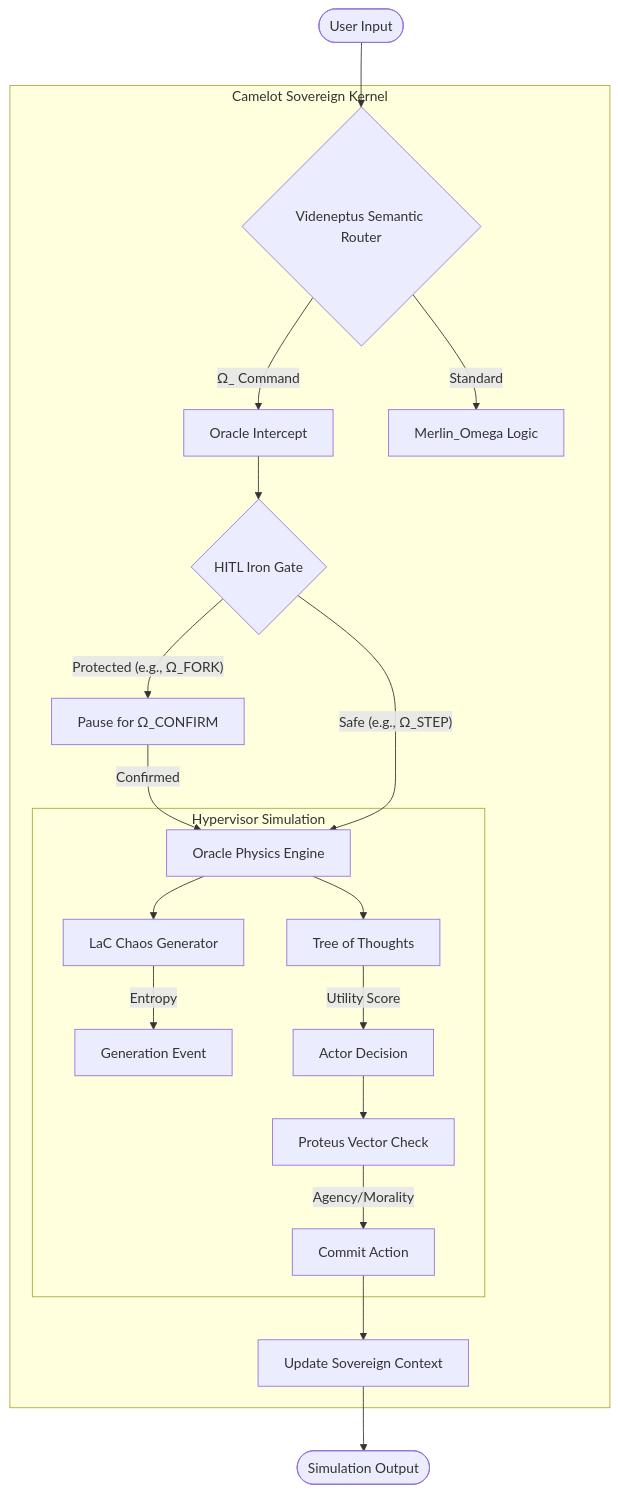
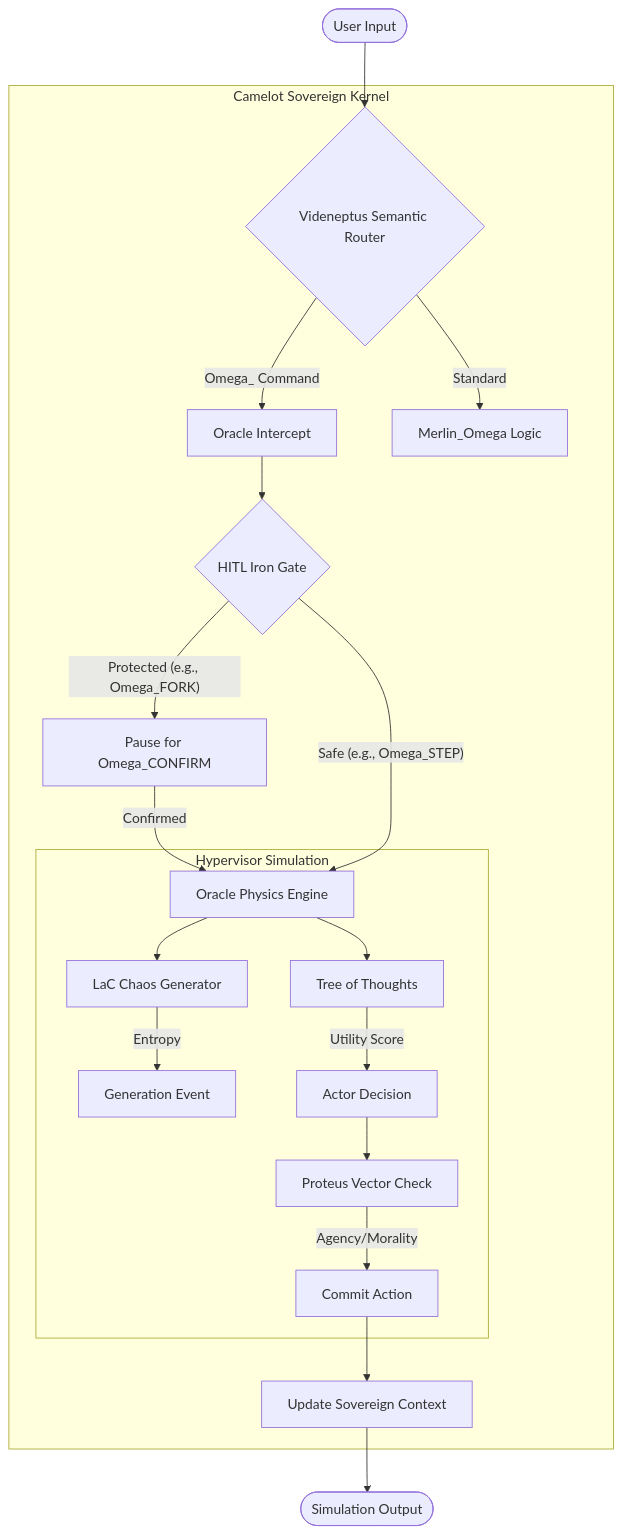
One commit to Cyberdad247/Camelot-Ecosystem changed the diagram in docs/architecture/ARCH/ORACLE_SYSTEM_DIAGRAM.mermaid. Above: the diagram before and after it, drawn with Mermaid. The commit also changed 398 other files, not shown here.

```diff
--- a/docs/architecture/ARCH/ORACLE_SYSTEM_DIAGRAM.mermaid
+++ b/docs/architecture/ARCH/ORACLE_SYSTEM_DIAGRAM.mermaid
@@ -1,28 +1,28 @@
 flowchart TD
     User([User Input]) --> Videneptus{Videneptus Semantic Router}
     
     subgraph KERNEL [Camelot Sovereign Kernel]
-        Videneptus -- "Ω_ Command" --> Intercept[Oracle Intercept]
+        Videneptus -- "Omega_ Command" --> Intercept[Oracle Intercept]
         Videneptus -- "Standard" --> Merlin[Merlin_Omega Logic]
         
         Intercept --> HITL_Gate{HITL Iron Gate}
         
-        HITL_Gate -- "Protected (e.g., Ω_FORK)" --> Pause[Pause for Ω_CONFIRM]
+        HITL_Gate -- "Protected (e.g., Omega_FORK)" --> Pause[Pause for Omega_CONFIRM]
         Pause -- "Confirmed" --> OraclePhysics[Oracle Physics Engine]
-        HITL_Gate -- "Safe (e.g., Ω_STEP)" --> OraclePhysics
+        HITL_Gate -- "Safe (e.g., Omega_STEP)" --> OraclePhysics
         
         subgraph PHYSICS [Hypervisor Simulation]
             OraclePhysics --> LaC[LaC Chaos Generator]
             OraclePhysics --> ToT[Tree of Thoughts]
             
             LaC -- "Entropy" --> Event[Generation Event]
             ToT -- "Utility Score" --> Decision[Actor Decision]
             
             Decision --> Proteus[Proteus Vector Check]
             Proteus -- "Agency/Morality" --> Action[Commit Action]
         end
         
         Action --> State[Update Sovereign Context]
     end
     
     State --> Output([Simulation Output])
```
